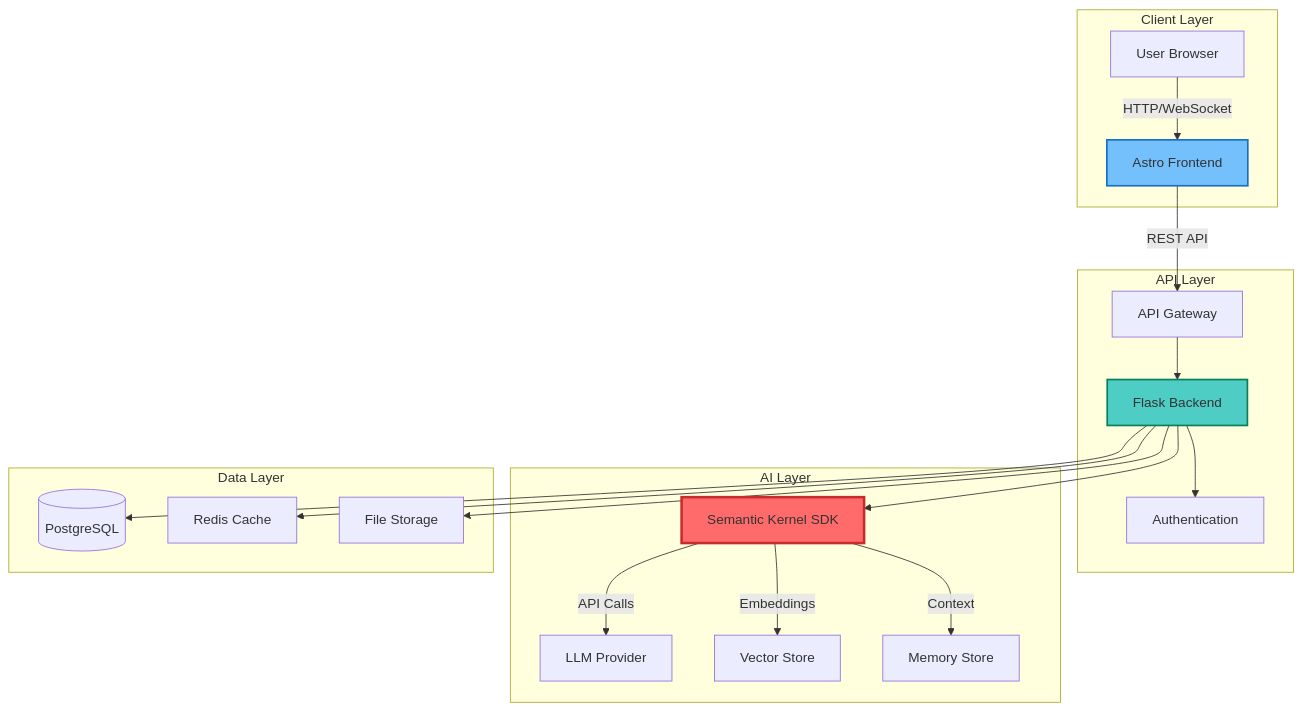
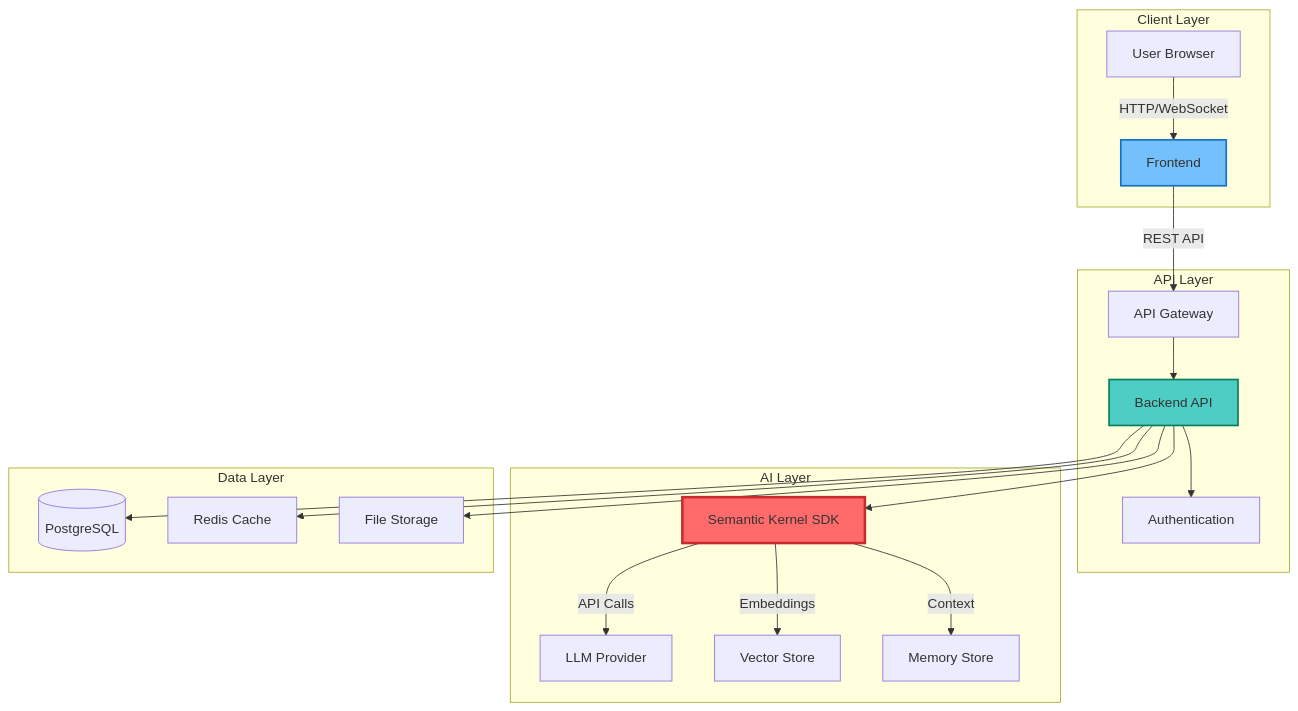
Before and after one commit to mk-knight23/AI-SDK-SEMANTIC-KERNEL: the diagram in README.md, drawn with Mermaid. The commit also changed other lines of this file, not shown here.

````diff
--- a/README.md
+++ b/README.md
@@ -332,42 +321,42 @@
 ```mermaid
 graph TB
     subgraph "Client Layer"
         A[User Browser]
-        B[Astro Frontend]
+        B[Frontend]
     end
 
     subgraph "API Layer"
         C[API Gateway]
-        D[Flask Backend]
+        D[Backend API]
         E[Authentication]
     end
 
     subgraph "AI Layer"
         F[Semantic Kernel SDK]
         G[LLM Provider]
         H[Vector Store]
         I[Memory Store]
     end
 
     subgraph "Data Layer"
         J[(PostgreSQL)]
         K[Redis Cache]
         L[File Storage]
     end
 
     A -->|HTTP/WebSocket| B
     B -->|REST API| C
     C --> D
     D --> E
     D --> F
     F -->|API Calls| G
     F -->|Embeddings| H
     F -->|Context| I
     D --> J
     D --> K
     D --> L
 
     style F fill:#ff6b6b,stroke:#c92a2a,stroke-width:3px
     style D fill:#4ecdc4,stroke:#087f5b,stroke-width:2px
     style B fill:#74c0fc,stroke:#1971c2,stroke-width:2px
 ```
````
